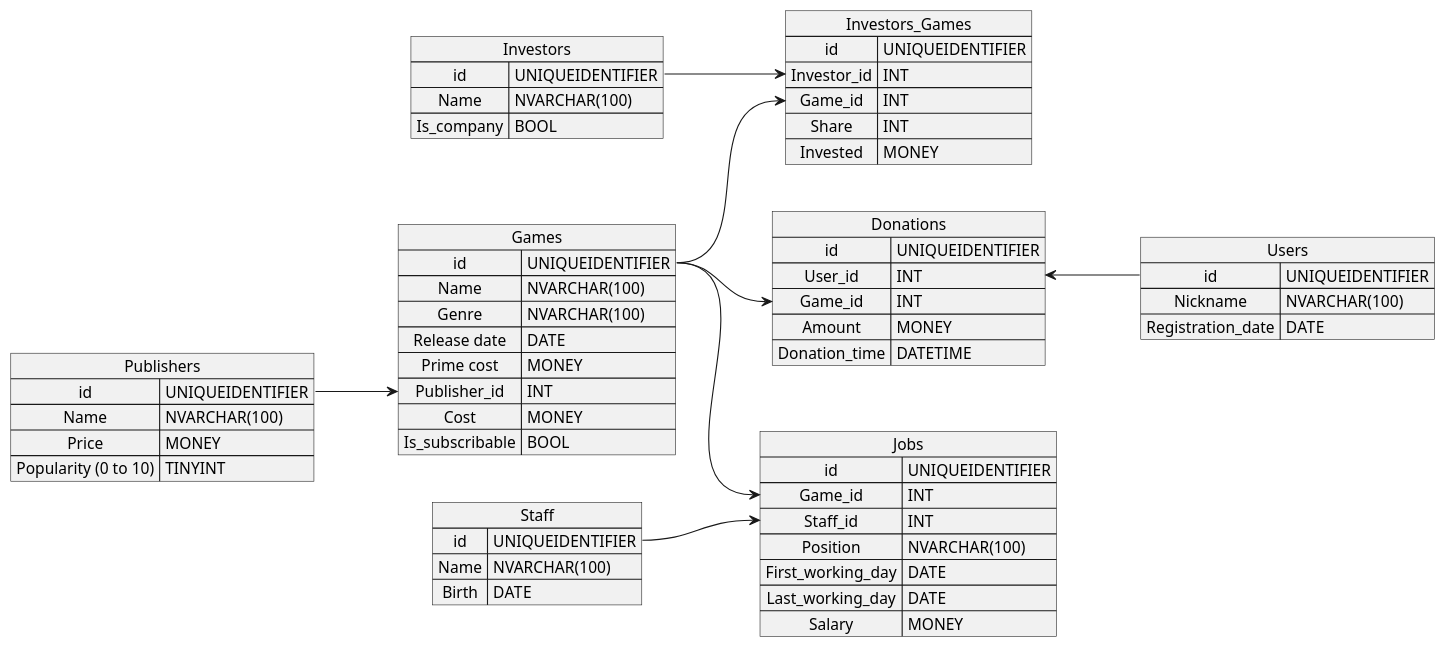
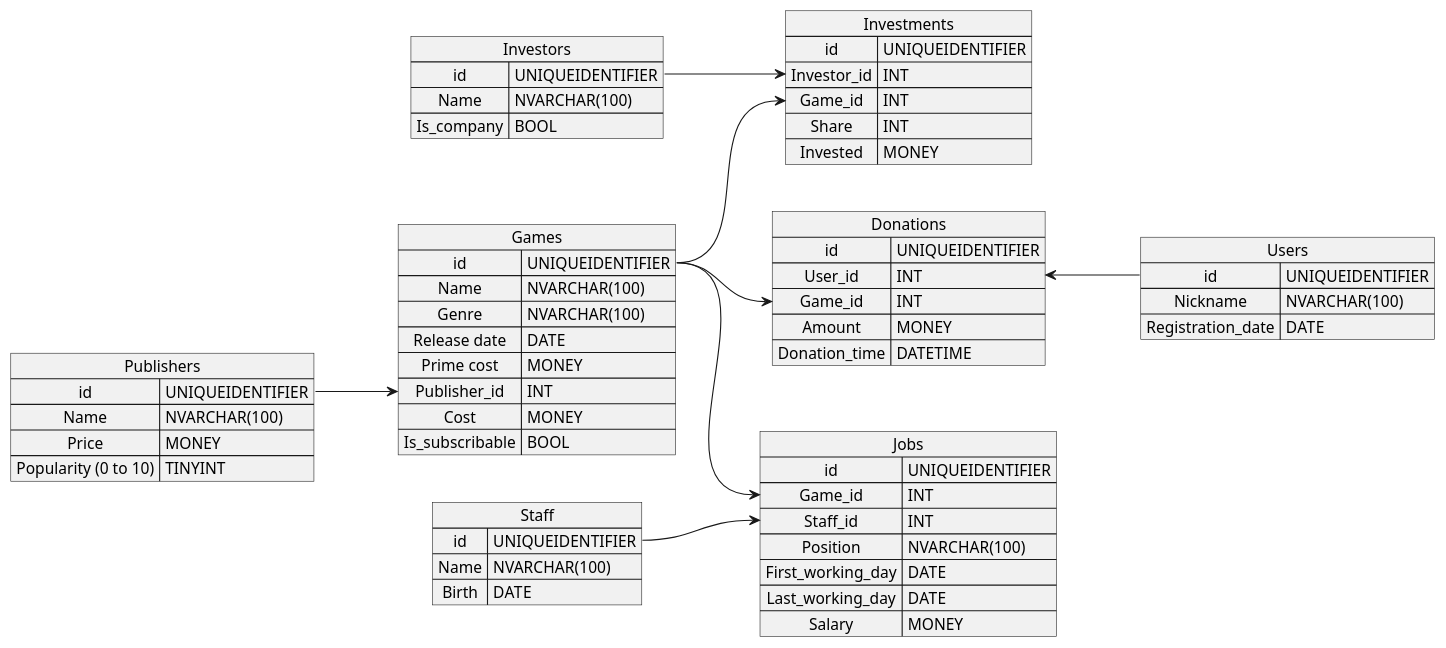
The diagram in UML/SQLDiagram.puml (Gohnnyman/WebApp-in-Rust), drawn with PlantUML before and after one commit. The commit also changed 15 other files, not shown here.

```diff
--- a/UML/SQLDiagram.puml
+++ b/UML/SQLDiagram.puml
@@ -1,76 +1,76 @@
 @startuml
 left to right direction
 
 map Games {
     id => UNIQUEIDENTIFIER
     Name => NVARCHAR(100)
     Genre => NVARCHAR(100)
     Release date => DATE
     Prime cost => MONEY
     Publisher_id => INT 
     Cost => MONEY
     Is_subscribable => BOOL
 }
 
 map Publishers {
     id => UNIQUEIDENTIFIER
     Name => NVARCHAR(100)
     Price => MONEY
     Popularity (0 to 10) => TINYINT
 }
 
 map Investors {
     id => UNIQUEIDENTIFIER
     Name => NVARCHAR(100)
     Is_company => BOOL
 }
 
 map Staff {
     id => UNIQUEIDENTIFIER
     Name => NVARCHAR(100)
     Birth => DATE
 }
 
 map Donations {
     id => UNIQUEIDENTIFIER
     User_id => INT
     Game_id => INT
     Amount => MONEY
     Donation_time => DATETIME
 }
 
-map Investors_Games {
+map Investments {
     id => UNIQUEIDENTIFIER
     Investor_id => INT
     Game_id => INT
     Share => INT
     Invested => MONEY
 }
 
 map Jobs {
     id => UNIQUEIDENTIFIER
     Game_id => INT
     Staff_id => INT
     Position => NVARCHAR(100)
     First_working_day => DATE
     Last_working_day => DATE
     Salary => MONEY 
 }
 
 map Users {
     id => UNIQUEIDENTIFIER
     Nickname => NVARCHAR(100)
     Registration_date => DATE
 }
 
 Publishers::id --> Games::Publisher_id
-Investors::id --> Investors_Games::Investor_id
+Investors::id --> Investments::Investor_id
 Games::id --> Donations::Game_id
-Games::id --> Investors_Games::Game_id
+Games::id --> Investments::Game_id
 Games::id --> Jobs::Game_id
 Staff::id --> Jobs::Staff_id
 Donations::User_id <-- Users::id
 
 
 
 @enduml
```
